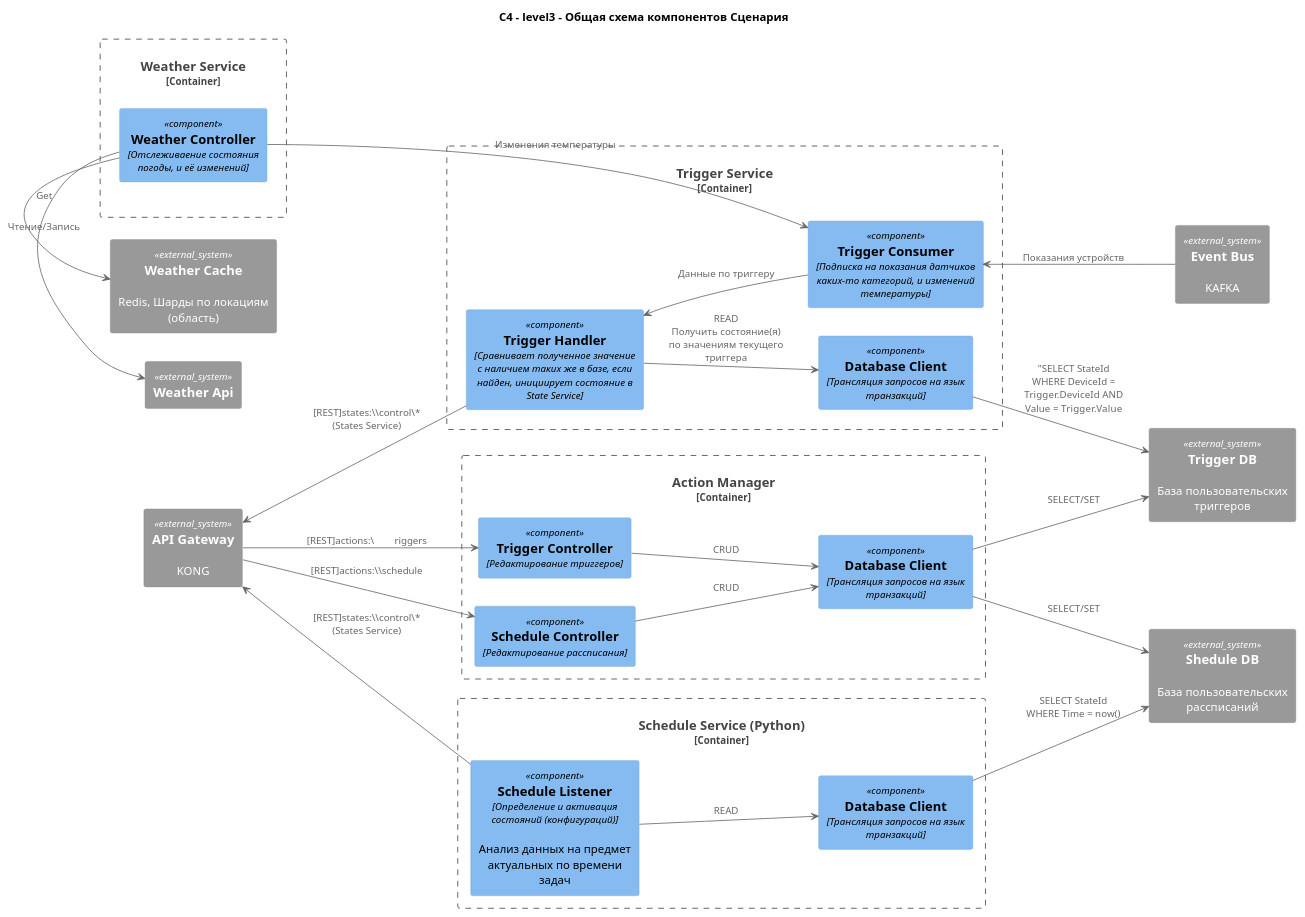
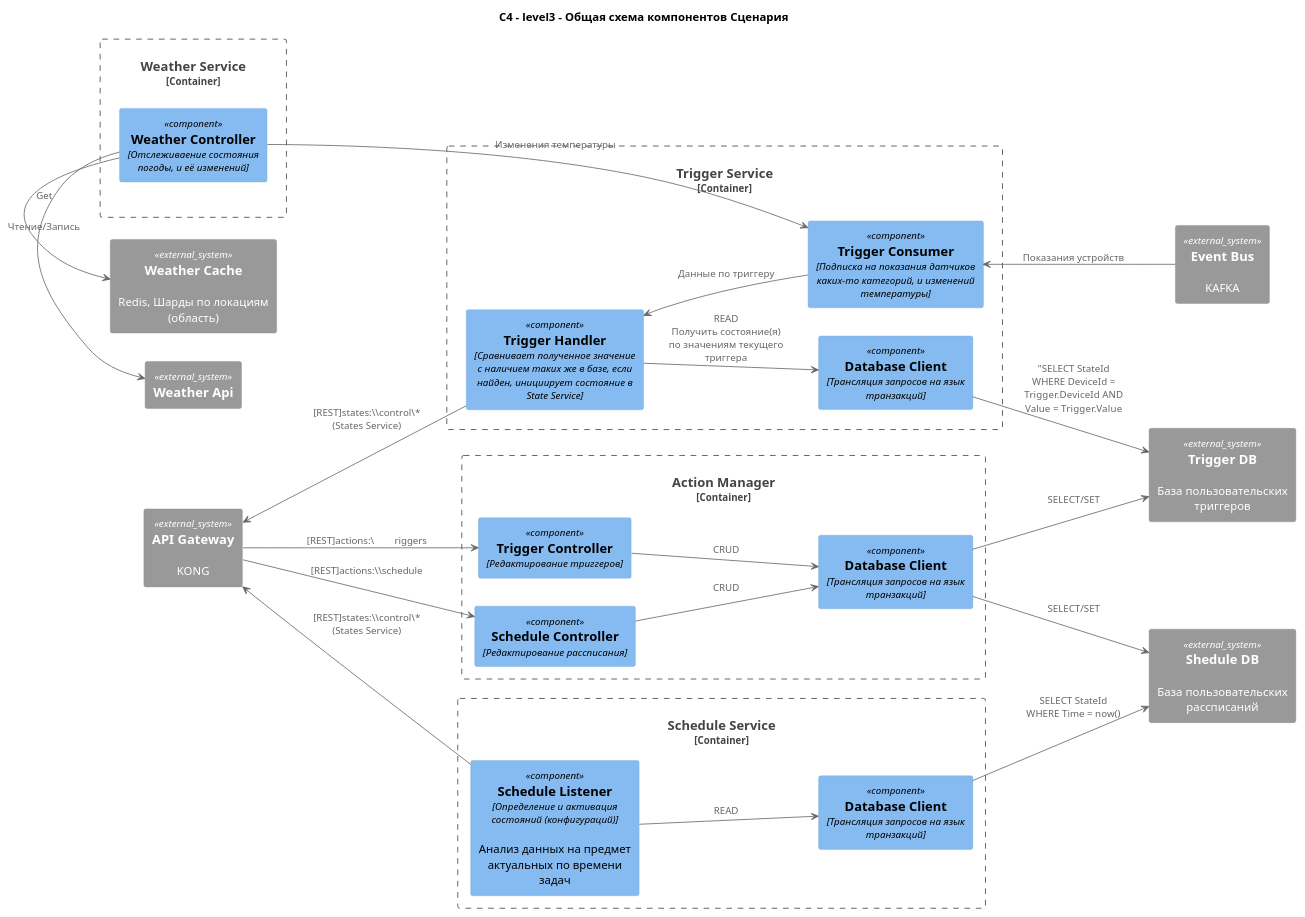
Before and after one commit to AdvanGit/practicum-sprint-3: the diagram in smart-home-monolith/docs/C4/to-be-component-actions.puml, drawn with PlantUML. The commit also changed 4 other files, not shown here.

```diff
--- a/smart-home-monolith/docs/C4/to-be-component-actions.puml
+++ b/smart-home-monolith/docs/C4/to-be-component-actions.puml
@@ -1,67 +1,67 @@
 @startuml ClimateService_Components
 !include https://raw.githubusercontent.com/plantuml-stdlib/C4-PlantUML/master/C4_Component.puml
 
 title "C4 - level3 - Общая схема компонентов Сценария"
 
 left to right direction
 
 ' === Контейнер ===
-Container_Boundary(Schedule_service, "Schedule Service (Python)") {
+Container_Boundary(Schedule_service, "Schedule Service") {
   Component(Schedule_Listener, "Schedule Listener", "Определение и активация состояний (конфигураций)", "Анализ данных на предмет актуальных по времени задач")
   Component(Postgres_Client, "Database Client", "Трансляция запросов на язык транзакций")
 }
 
 Container_Boundary(Schedule_manager, "Action Manager"){
   Component(Schedule_Controller, "Schedule Controller", "Редактирование рассписания")
   Component(Trigger_Controller, "Trigger Controller", "Редактирование триггеров")
   Component(Postgres_Client_2, "Database Client", "Трансляция запросов на язык транзакций")
 }
 
 Container_Boundary(Trigger_Service, "Trigger Service"){
   Component(Trigger_Consumer, "Trigger Consumer", "Подписка на показания датчиков каких-то категорий, и изменений температуры")
   Component(Trigger_Handler, "Trigger Handler", "Сравнивает полученное значение с наличием таких же в базе, если найден, инициирует состояние в State Service")
   Component(Postgres_Client_3, "Database Client", "Трансляция запросов на язык транзакций")
 }
 
 Container_Boundary(Weather_Service, "Weather Service"){
   Component(Weather_Controller, "Weather Controller", "Отслеживаение состояния погоды, и её изменений")
 }
 
 ' === Внешние зависимости ===
 System_Ext(api_gw, "API Gateway", "KONG")
 System_Ext(Weather_Cache, "Weather Cache", "Redis, Шарды по локациям (область)")
 System_Ext(Weather_Api, "Weather Api")
 System_Ext(Schedule_Db, "Shedule DB", "База пользовательских рассписаний")
 System_Ext(Trigger_Db, "Trigger DB", "База пользовательских триггеров")
 System_Ext("event_bus", "Event Bus", "KAFKA")
 
 ' Shedule Service
 Schedule_Listener --> Postgres_Client : "READ"
 Postgres_Client --> Schedule_Db : "SELECT StateId\nWHERE Time = now()"
 Schedule_Listener -up-> api_gw : "[REST]states:\\\control\* (States Service)"
 
 ' Action manager
 api_gw -down-> Schedule_Controller : "[REST]actions:\\\sсhedule"
 api_gw -down-> Trigger_Controller : "[REST]actions:\\\triggers"
 Schedule_Controller --> Postgres_Client_2 : "CRUD"
 Trigger_Controller --> Postgres_Client_2 : "CRUD"
 Postgres_Client_2 --> Schedule_Db : "SELECT/SET"
 Postgres_Client_2 --> Trigger_Db : "SELECT/SET"
 
 ' Trigger service
 event_bus -up-> Trigger_Consumer : "Показания устройств"
 Trigger_Consumer -up-> Trigger_Handler : "Данные по триггеру"
 Trigger_Handler --> Postgres_Client_3 : "READ\nПолучить состояние(я) по значениям текущего триггера"
 Trigger_Handler -left-> api_gw : "[REST]states:\\\control\* (States Service)"
 Postgres_Client_3 --> Trigger_Db : "SELECT StateId\nWHERE DeviceId = Trigger.DeviceId AND Value = Trigger.Value
 
 ' Weather Service
 Weather_Controller -left-> Weather_Cache : "Чтение/Запись"
 Weather_Controller -left-> Weather_Api : "Get"
 Weather_Controller --> Trigger_Consumer : "Изменения температуры"
 
 ' Compose
 Weather_Cache -[hidden]right-> Weather_Api
 Weather_Api -[hidden]right-> api_gw
 Weather_Service -[hidden]down-> Trigger_Service
 @enduml
```
